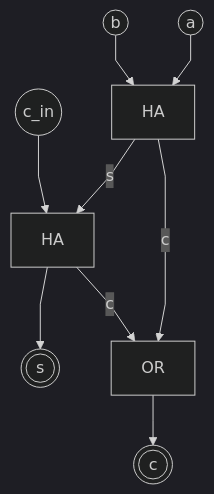
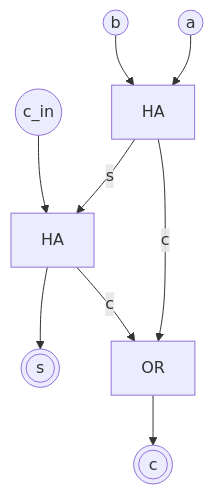
One commit to C0ntroller/c0ntroller.de changed the third of 4 diagrams in src/content/book/grundlagen/0-3_addieren_mit_bits.mdx. Above: the diagram before and after it, drawn with Mermaid. The commit also changed other lines of this file and 3 other files, not shown here.

Commit message:
Use astro mermaid instead of kroki (not available)

````diff
--- a/src/content/book/grundlagen/0-3_addieren_mit_bits.mdx
+++ b/src/content/book/grundlagen/0-3_addieren_mit_bits.mdx
@@ -99,12 +97,11 @@
 ```mermaid
-%%{ init: { 'flowchart': { 'curve': 'linear' }, 'theme': 'dark' } }%% 
 flowchart TD
     A0@{ shape: circle, label: "a" } --> HA1
     B0@{ shape: circle, label: "b" } --> HA1
     HA1[HA] -- s --> HA2
     Cin@{ shape: circle, label: "c_in" } --> HA2
     HA2[HA] --> s_0@{ shape: dbl-circ, label: "s" }
     HA1 -- c --> OR
     HA2 -- c --> OR
     OR[OR] --> Cout@{ shape: dbl-circ, label: "c" }
 ```
````
